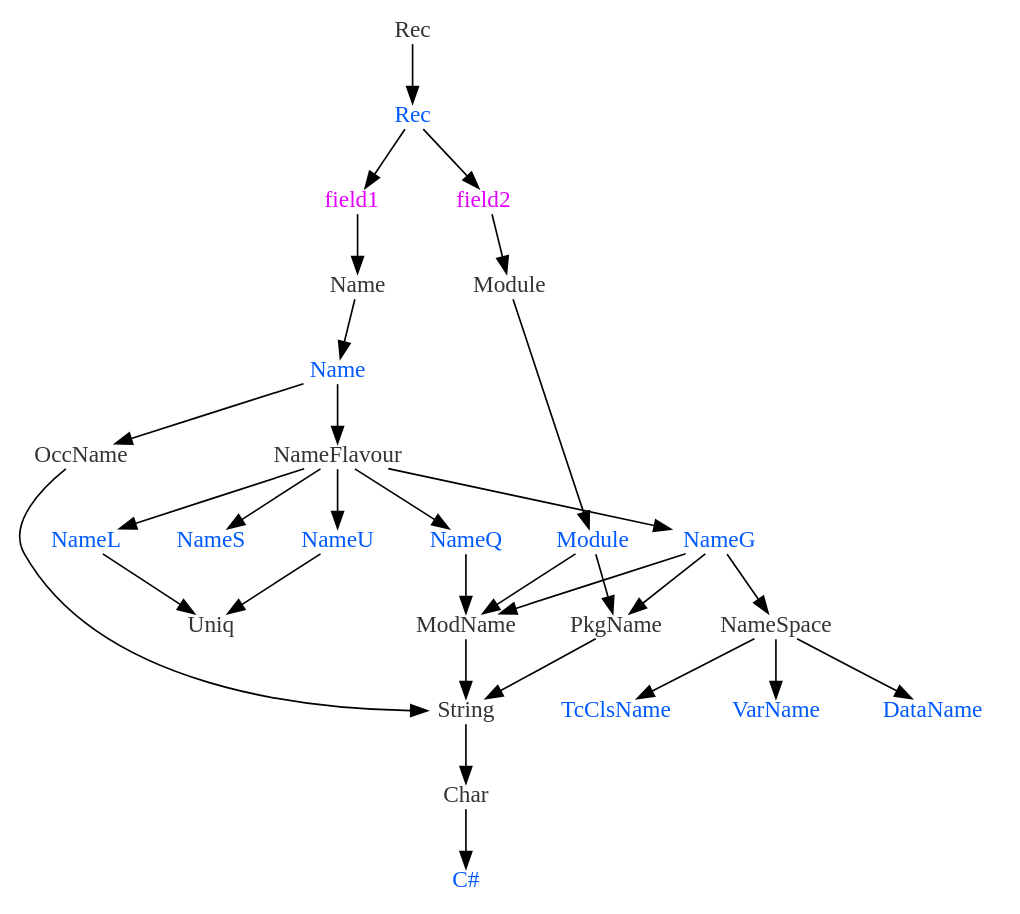
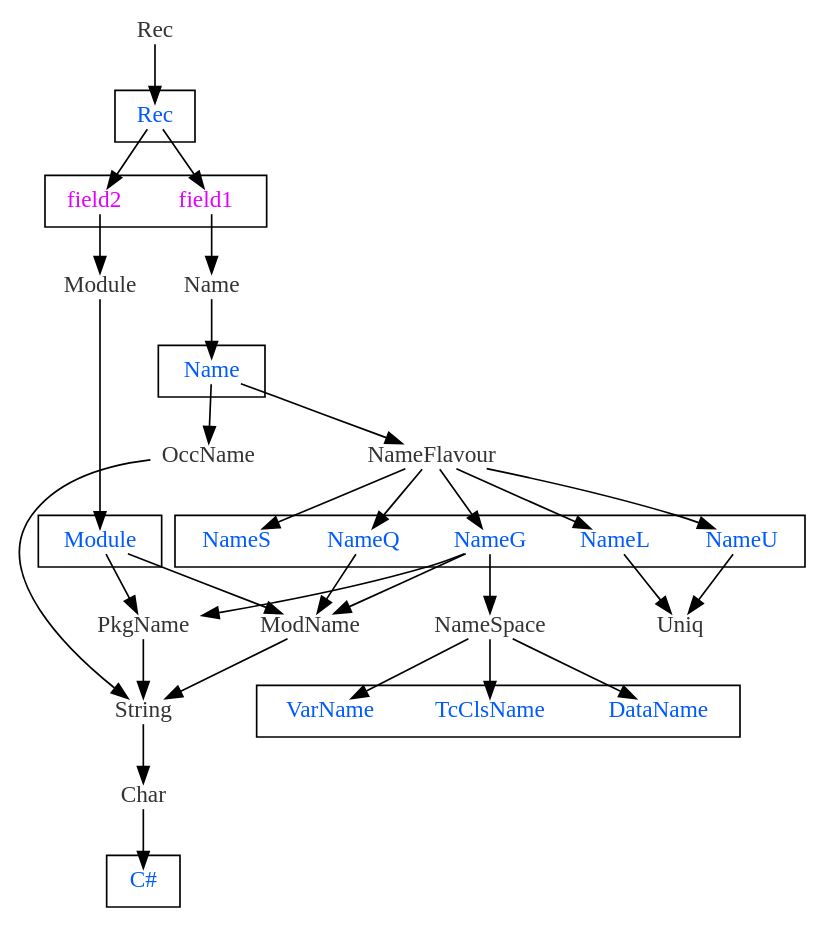
Before and after one commit to chrisdone/typegraph: the diagram in name.dot, drawn with Graphviz. The commit also changed 1 other file, not shown here.

```diff
--- a/name.dot
+++ b/name.dot
@@ -1,75 +1,91 @@
 digraph G {
+subgraph cluster_0{"Rec "}
+subgraph cluster_1{"field1  "
+"field2  "}
+subgraph cluster_2{"Module "}
+subgraph cluster_3{"Name "}
+subgraph cluster_4{"NameG "
+"NameL "
+"NameQ "
+"NameS "
+"NameU "}
+subgraph cluster_5{"DataName "
+"TcClsName "
+"VarName "}
+subgraph cluster_6{}
+subgraph cluster_7{}
+subgraph cluster_8{"C# "}
 "field1  " [shape=plain, fontcolor="#e300ff"]
 "field2  " [shape=plain, fontcolor="#e300ff"]
 "C# " [shape=plain, fontcolor="#005aff"]
 
 
 
 
 "DataName " [shape=plain, fontcolor="#005aff"]
 "Module " [shape=plain, fontcolor="#005aff"]
 "Name " [shape=plain, fontcolor="#005aff"]
 "NameG " [shape=plain, fontcolor="#005aff"]
 "NameL " [shape=plain, fontcolor="#005aff"]
 "NameQ " [shape=plain, fontcolor="#005aff"]
 "NameS " [shape=plain, fontcolor="#005aff"]
 "NameU " [shape=plain, fontcolor="#005aff"]
 "TcClsName " [shape=plain, fontcolor="#005aff"]
 "VarName " [shape=plain, fontcolor="#005aff"]
 "Rec " [shape=plain, fontcolor="#005aff"]
 "String" [shape=plain, fontcolor="#333333"]
 "Char" [shape=plain, fontcolor="#333333"]
 
 
 "ModName" [shape=plain, fontcolor="#333333"]
 "Module" [shape=plain, fontcolor="#333333"]
 "Name" [shape=plain, fontcolor="#333333"]
 "NameFlavour" [shape=plain, fontcolor="#333333"]
 "NameSpace" [shape=plain, fontcolor="#333333"]
 "OccName" [shape=plain, fontcolor="#333333"]
 "PkgName" [shape=plain, fontcolor="#333333"]
 "Uniq" [shape=plain, fontcolor="#333333"]
 "Rec" [shape=plain, fontcolor="#333333"]
 "field1  " -> "Name"
 "field2  " -> "Module"
 
 
 
 
 
 
 "Module " -> "ModName"
 "Module " -> "PkgName"
 "Name " -> "NameFlavour"
 "Name " -> "OccName"
 "NameG " -> "ModName"
 "NameG " -> "NameSpace"
 "NameG " -> "PkgName"
 "NameL " -> "Uniq"
 "NameQ " -> "ModName"
 
 "NameU " -> "Uniq"
 
 
 "Rec " -> "field1  "
 "Rec " -> "field2  "
 "String" -> "Char"
 "Char" -> "C# "
 
 
 "ModName" -> "String"
 "Module" -> "Module "
 "Name" -> "Name "
 "NameFlavour" -> "NameG "
 "NameFlavour" -> "NameL "
 "NameFlavour" -> "NameQ "
 "NameFlavour" -> "NameS "
 "NameFlavour" -> "NameU "
 "NameSpace" -> "DataName "
 "NameSpace" -> "TcClsName "
 "NameSpace" -> "VarName "
 "OccName" -> "String"
 "PkgName" -> "String"
 
 "Rec" -> "Rec "
 }
```
